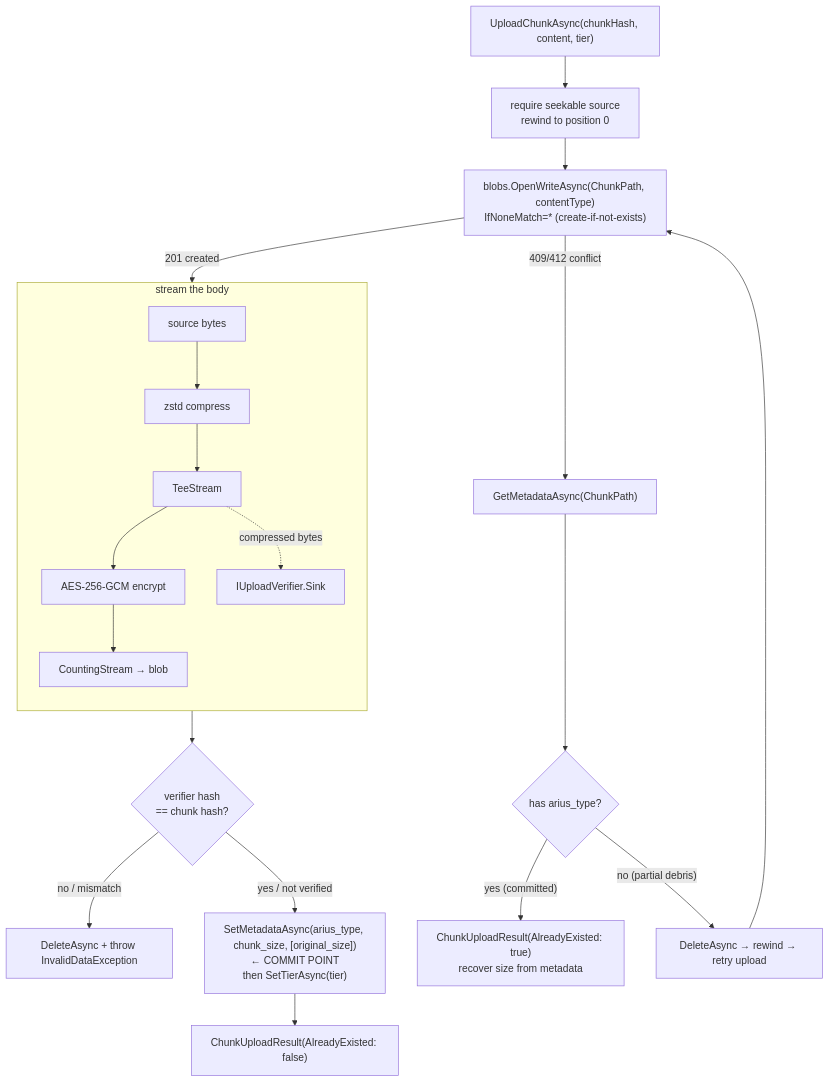
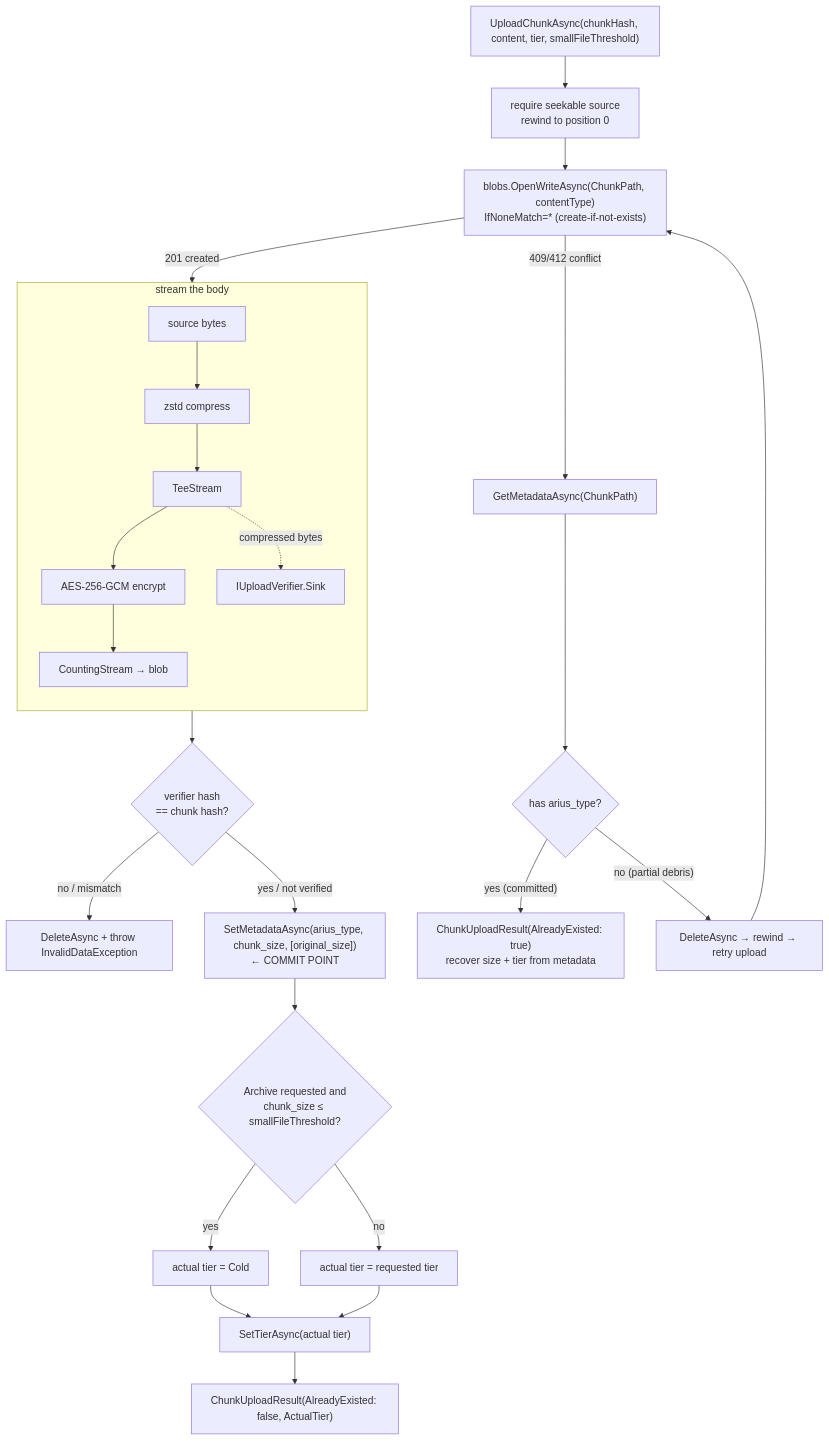
One commit to woutervanranst/Arius7 changed the first of 2 diagrams in docs/design/core/shared/chunk-storage.md. Above: the diagram before and after it, drawn with Mermaid. The commit also changed other lines of this file and 7 other files, not shown here.

First line of the commit message:
docs: record the archive-tier small-chunk ceiling (ADR-0023)

````diff
--- a/docs/design/core/shared/chunk-storage.md
+++ b/docs/design/core/shared/chunk-storage.md
@@ -29,24 +29,29 @@
 ```mermaid
 flowchart TD
-    Start["UploadChunkAsync(chunkHash, content, tier)"] --> Seek["require seekable source<br/>rewind to position 0"]
+    Start["UploadChunkAsync(chunkHash, content, tier, smallFileThreshold)"] --> Seek["require seekable source<br/>rewind to position 0"]
     Seek --> Open["blobs.OpenWriteAsync(ChunkPath, contentType)<br/>IfNoneMatch=* (create-if-not-exists)"]
     Open -->|201 created| Pipe
     Open -->|409/412 conflict| Exists
 
     subgraph Pipe["stream the body"]
       direction TB
       Src["source bytes"] --> Z["zstd compress"] --> Tee["TeeStream"]
       Tee --> Enc["AES-256-GCM encrypt"] --> Cnt["CountingStream → blob"]
       Tee -.compressed bytes.-> Ver["IUploadVerifier.Sink"]
     end
 
     Pipe --> Verify{"verifier hash<br/>== chunk hash?"}
     Verify -->|"no / mismatch"| DelFail["DeleteAsync + throw InvalidDataException"]
-    Verify -->|"yes / not verified"| Commit["SetMetadataAsync(arius_type, chunk_size, [original_size])<br/>← COMMIT POINT<br/>then SetTierAsync(tier)"]
-    Commit --> Done["ChunkUploadResult(AlreadyExisted: false)"]
+    Verify -->|"yes / not verified"| Commit["SetMetadataAsync(arius_type, chunk_size, [original_size])<br/>← COMMIT POINT"]
+    Commit --> Ceil{"Archive requested and<br/>chunk_size ≤ smallFileThreshold?"}
+    Ceil -->|yes| Cold["actual tier = Cold"]
+    Ceil -->|no| Asked["actual tier = requested tier"]
+    Cold --> SetTier
+    Asked --> SetTier
+    SetTier["SetTierAsync(actual tier)"] --> Done["ChunkUploadResult(AlreadyExisted: false, ActualTier)"]
 
     Exists["GetMetadataAsync(ChunkPath)"] --> HasType{"has arius_type?"}
-    HasType -->|"yes (committed)"| Reuse["ChunkUploadResult(AlreadyExisted: true)<br/>recover size from metadata"]
+    HasType -->|"yes (committed)"| Reuse["ChunkUploadResult(AlreadyExisted: true)<br/>recover size + tier from metadata"]
     HasType -->|"no (partial debris)"| Retry["DeleteAsync → rewind → retry upload"]
     Retry --> Open
 ```
````
